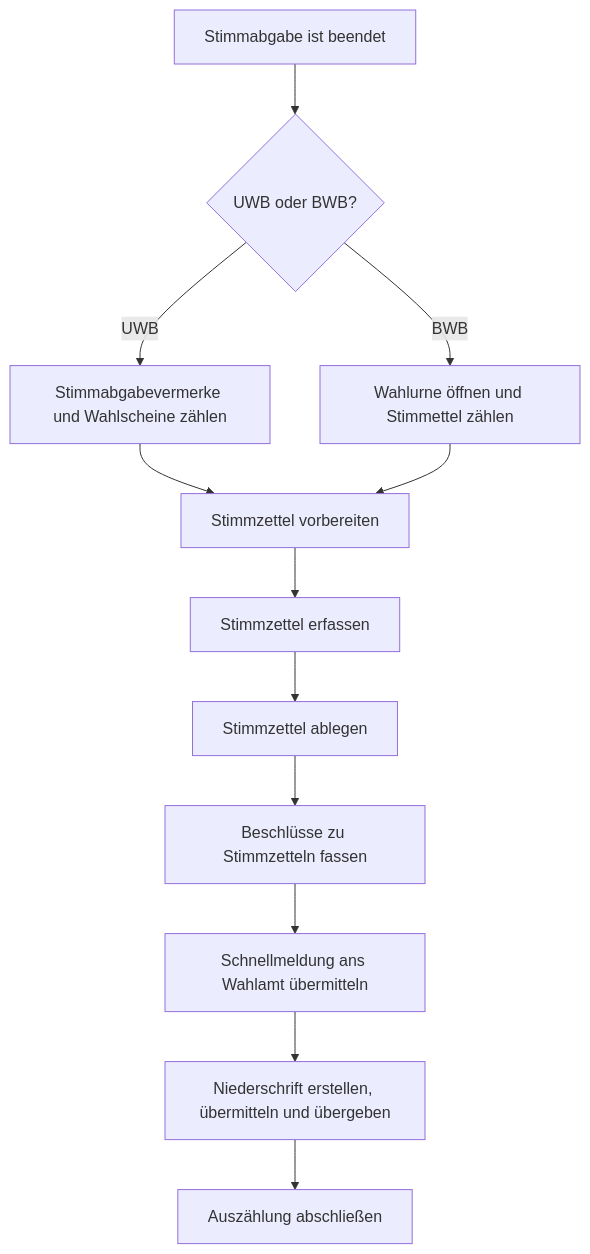
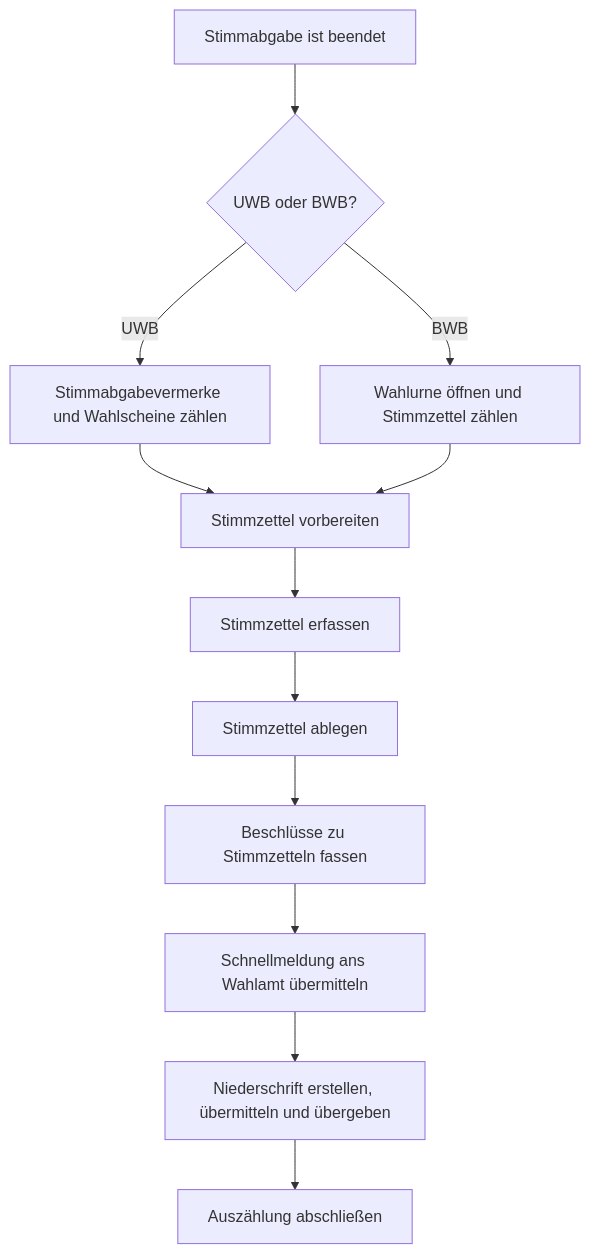
Before and after one commit to it-at-m/Wahllokalsystem: the diagram in docs/src/dse/index.md, drawn with Mermaid. The commit also changed other lines of this file, not shown here.

````diff
--- a/docs/src/dse/index.md
+++ b/docs/src/dse/index.md
@@ -13,22 +13,21 @@
 ```mermaid
-
 flowchart TD
     S1[Stimmabgabe ist beendet]
     D2{UWB oder BWB?}
     S2a[Stimmabgabevermerke und Wahlscheine zählen]
-    S2b[Wahlurne öffnen und Stimmettel zählen]
+    S2b[Wahlurne öffnen und Stimmzettel zählen]
     S3[Stimmzettel vorbereiten]
     S4[Stimmzettel erfassen]
     S5[Stimmzettel ablegen]
     S6[Beschlüsse zu Stimmzetteln fassen]
     S7[Schnellmeldung ans Wahlamt übermitteln]
     S8[Niederschrift erstellen, übermitteln und übergeben]
     S9[Auszählung abschließen]
 
     S1-->D2
     D2-->|UWB| S2a
     D2-->|BWB| S2b
     S2a --> S3
     S2b --> S3
     S3 --> S4 --> S5 --> S6 --> S7 --> S8 --> S9
 ```
````
